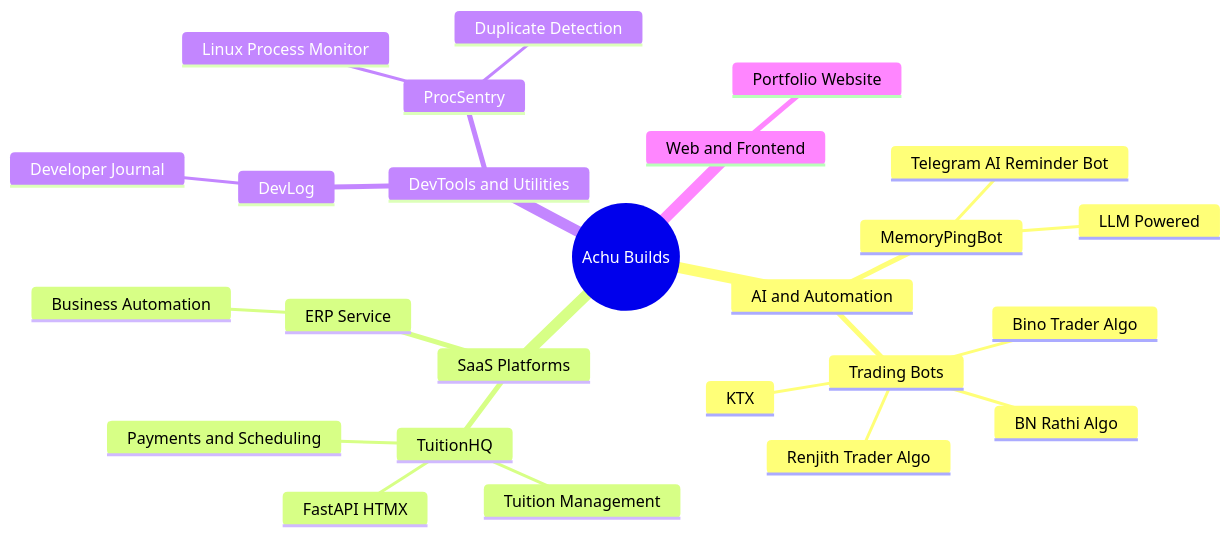
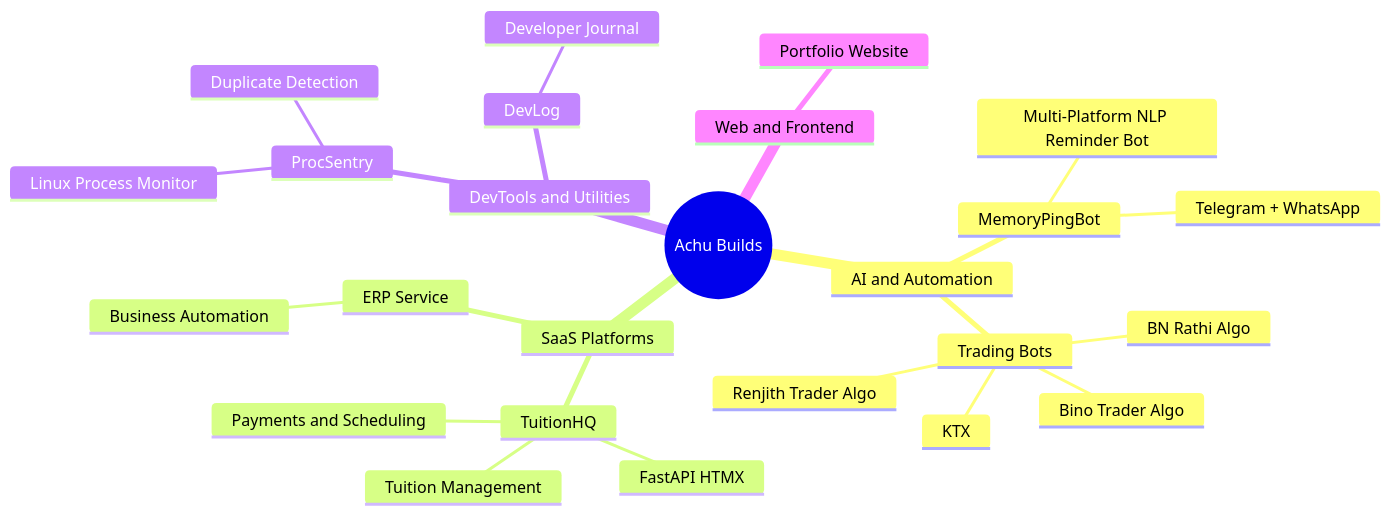
One commit to achuvijayakumar/achuvijayakumar changed the first of 2 diagrams in README.md. Above: the diagram before and after it, drawn with Mermaid. The commit also changed other lines of this file, not shown here.

````diff
--- a/README.md
+++ b/README.md
@@ -82,28 +82,28 @@
 ```mermaid
 mindmap
   root((Achu Builds))
     AI and Automation
       MemoryPingBot
-        Telegram AI Reminder Bot
-        LLM Powered
+        Multi-Platform NLP Reminder Bot
+        Telegram + WhatsApp
       Trading Bots
         KTX
         Bino Trader Algo
         BN Rathi Algo
         Renjith Trader Algo
     SaaS Platforms
       TuitionHQ
         Tuition Management
         FastAPI HTMX
         Payments and Scheduling
       ERP Service
         Business Automation
     DevTools and Utilities
       ProcSentry
         Linux Process Monitor
         Duplicate Detection
       DevLog
         Developer Journal
     Web and Frontend
       Portfolio Website
 ```
````
